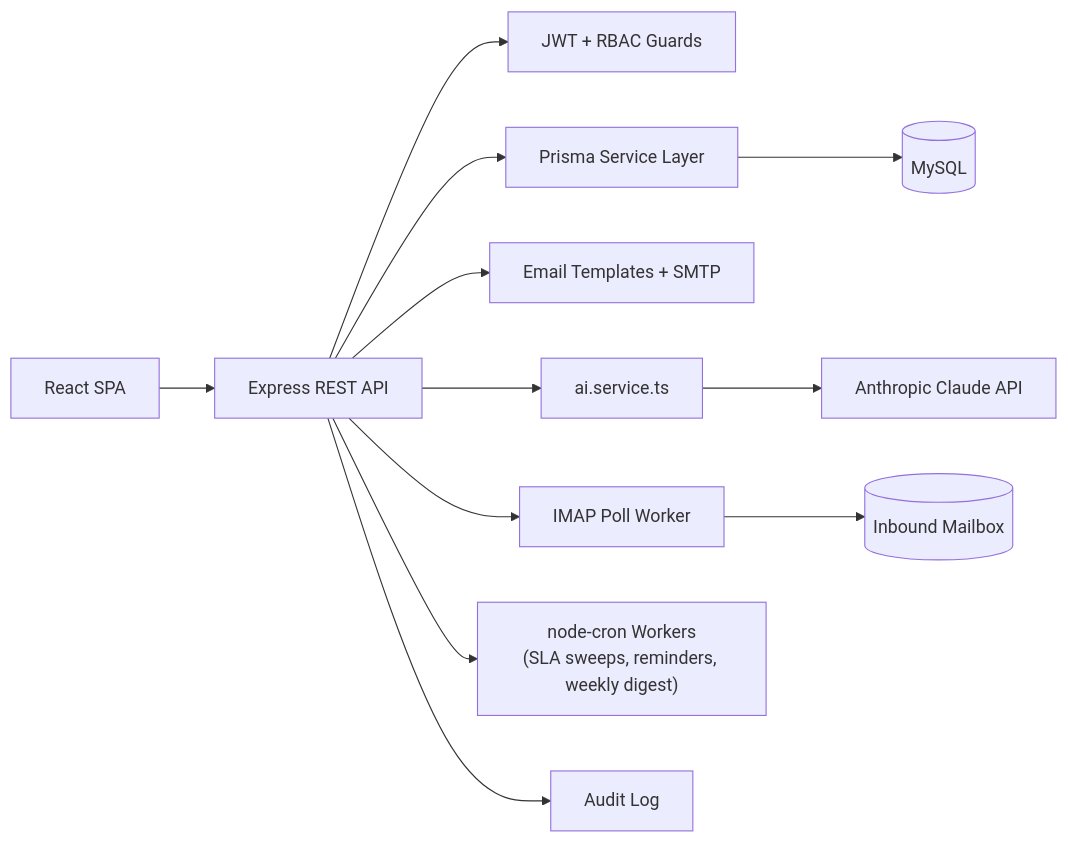
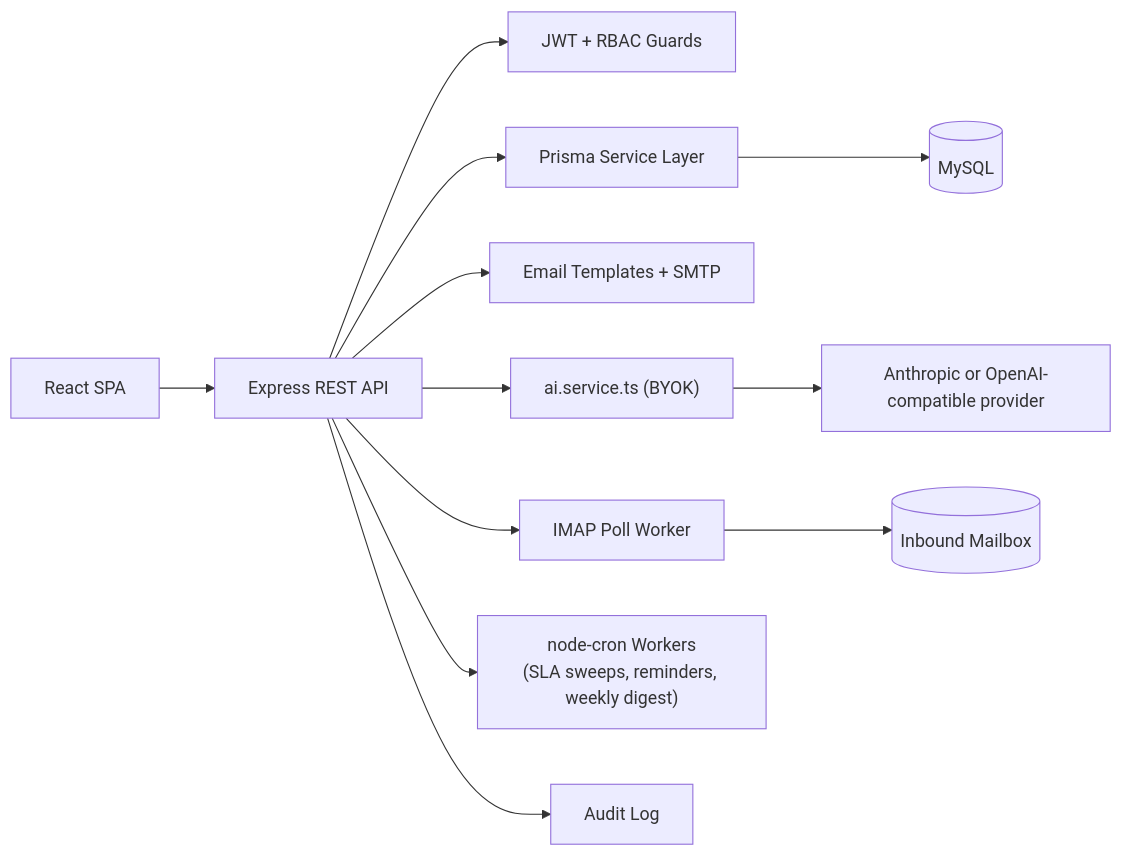
The first of 3 diagrams in README.md (adityapuppala1/TimeSheet), drawn with Mermaid before and after one commit. The commit also changed other lines of this file and 51 other files, not shown here.

First line of the commit message:
Harden security, add mobile responsiveness, Playwright suite, and BYOK multi-LLM

````diff
--- a/README.md
+++ b/README.md
@@ -165,12 +223,12 @@
 ```mermaid
 flowchart LR
   Browser["React SPA"] --> API["Express REST API"]
   API --> Auth["JWT + RBAC Guards"]
   API --> Prisma["Prisma Service Layer"]
   Prisma --> MySQL[("MySQL")]
   API --> Mail["Email Templates + SMTP"]
-  API --> AI["ai.service.ts"] --> Claude["Anthropic Claude API"]
+  API --> AI["ai.service.ts (BYOK)"] --> LLM["Anthropic or OpenAI-compatible provider"]
   API --> IMAP["IMAP Poll Worker"] --> Mailbox[("Inbound Mailbox")]
   API --> Workers["node-cron Workers\n(SLA sweeps, reminders, weekly digest)"]
   API --> Audit["Audit Log"]
 ```
````
